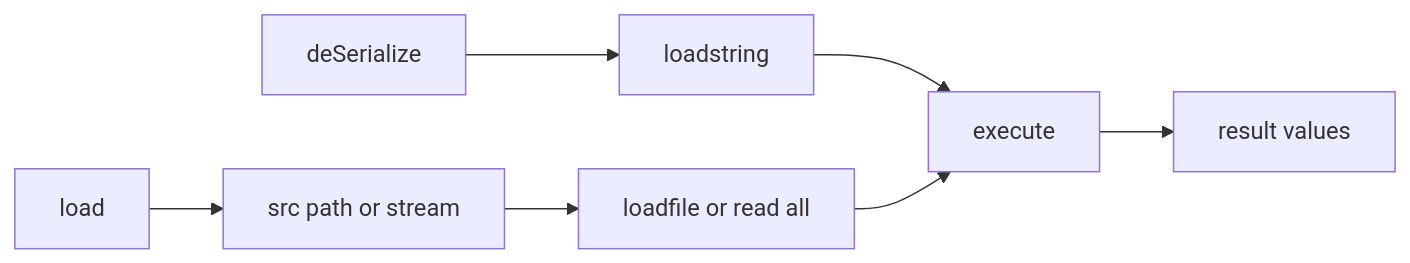
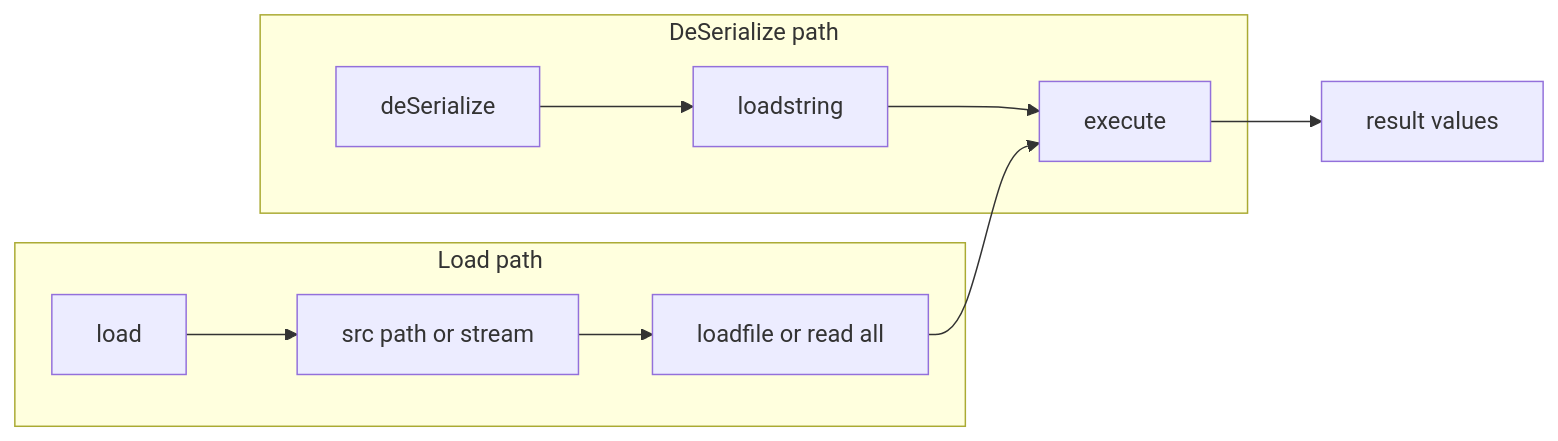
Before and after one commit to Gh0st352/AETHR: the sixth of 7 diagrams in docs/io/README.md, drawn with Mermaid. The commit also changed other lines of this file and 5 other files, not shown here.

First line of the commit message:
docs(io): restructure Mermaid diagrams, add subgraphs & classes

````diff
--- a/docs/io/README.md
+++ b/docs/io/README.md
@@ -101,9 +133,20 @@
 ```mermaid
+%% shared theme: docs/_mermaid/theme.json %%
 flowchart LR
-  DS[deSerialize] --> LOADCHUNK[loadstring]
-  LOADCHUNK --> EXEC[execute]
-  L[load] --> SRC[src path or stream]
-  SRC --> LOADFILE[loadfile or read all]
-  LOADFILE --> EXEC
+  subgraph "DeSerialize path"
+    DS[deSerialize] --> LOADCHUNK[loadstring]
+    LOADCHUNK --> EXEC[execute]
+  end
+
+  subgraph "Load path"
+    L[load] --> SRC[src path or stream]
+    SRC --> LOADFILE[loadfile or read all]
+    LOADFILE --> EXEC
+  end
+
   EXEC --> RESULT[result values]
+
+  class DS,LOADCHUNK,L,SRC,LOADFILE class_io;
+  class EXEC class_compute;
+  class RESULT class_result;
 ```
````
